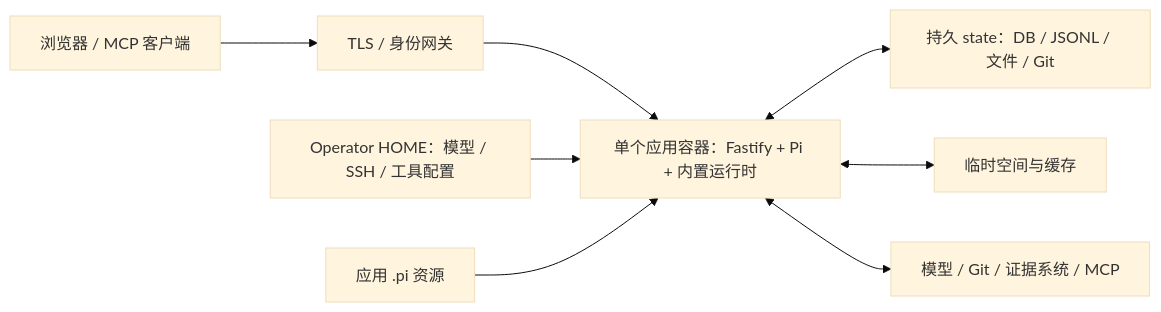
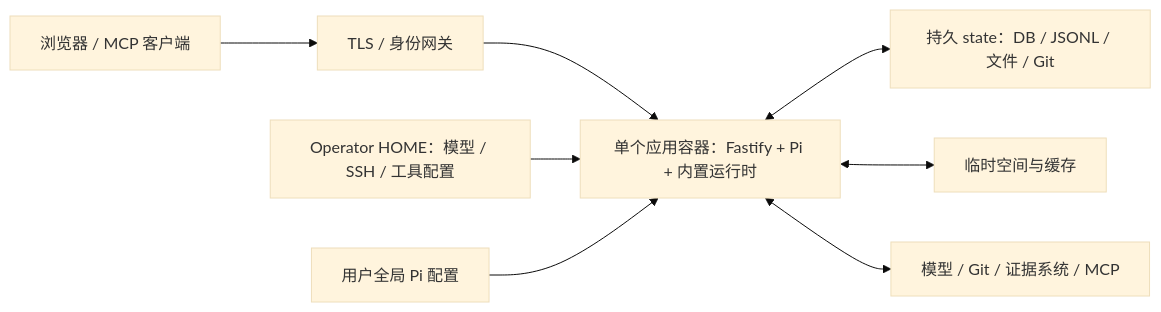
One commit to idoly/issue-pilot changed the diagram in docs/DEPLOYMENT.md. Above: the diagram before and after it, drawn with Mermaid (base theme). The commit also changed other lines of this file and 119 other files, not shown here.

````diff
--- a/docs/DEPLOYMENT.md
+++ b/docs/DEPLOYMENT.md
@@ -7,10 +7,10 @@
 ```mermaid
 flowchart LR
   Client[浏览器 / MCP 客户端] --> Gateway[TLS / 身份网关]
   Gateway --> App[单个应用容器：Fastify + Pi + 内置运行时]
   App <--> State[持久 state：DB / JSONL / 文件 / Git]
   Home[Operator HOME：模型 / SSH / 工具配置] --> App
-  Resources[应用 .pi 资源] --> App
+  Resources[用户全局 Pi 配置] --> App
   App <--> Cache[临时空间与缓存]
   App <--> Remote[模型 / Git / 证据系统 / MCP]
 ```
````
